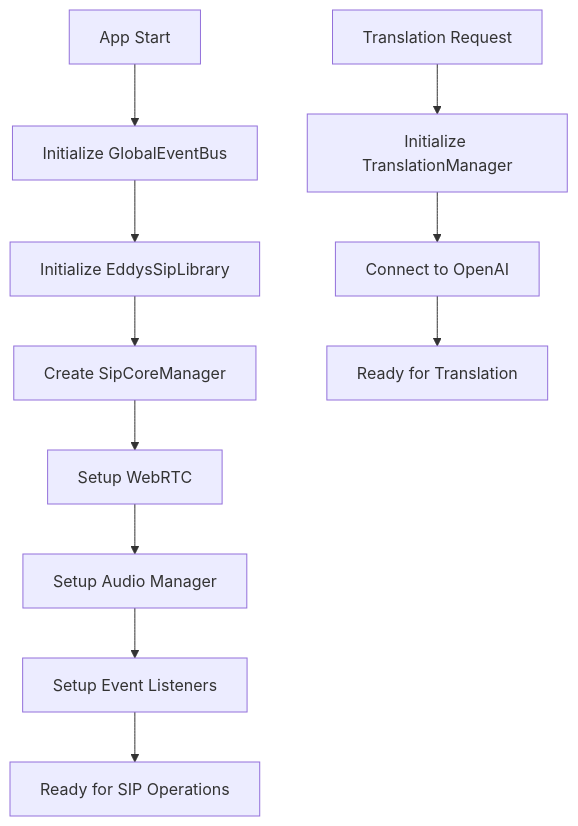
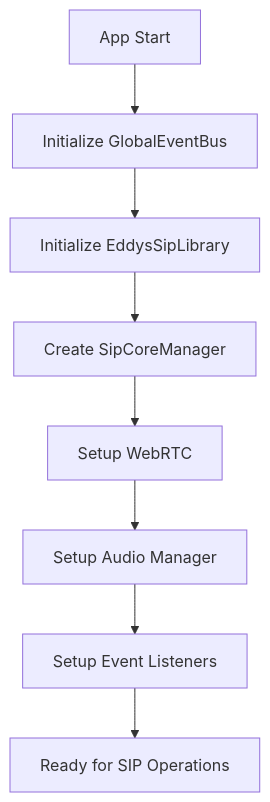
The first of 2 diagrams in ESTRUCTURA_BIBLIOTECA.md (eddyslarez/sip-library), drawn with Mermaid before and after one commit. The commit also changed other lines of this file and 14 other files, not shown here.

````diff
--- a/ESTRUCTURA_BIBLIOTECA.md
+++ b/ESTRUCTURA_BIBLIOTECA.md
@@ -103,14 +91,11 @@
 ```mermaid
 graph TD
     A[App Start] --> B[Initialize GlobalEventBus]
     B --> C[Initialize EddysSipLibrary]
     C --> D[Create SipCoreManager]
     D --> E[Setup WebRTC]
     E --> F[Setup Audio Manager]
     F --> G[Setup Event Listeners]
     G --> H[Ready for SIP Operations]
-    
-    I[Translation Request] --> J[Initialize TranslationManager]
-    J --> K[Connect to OpenAI]
-    K --> L[Ready for Translation]
+   
 ```
````
